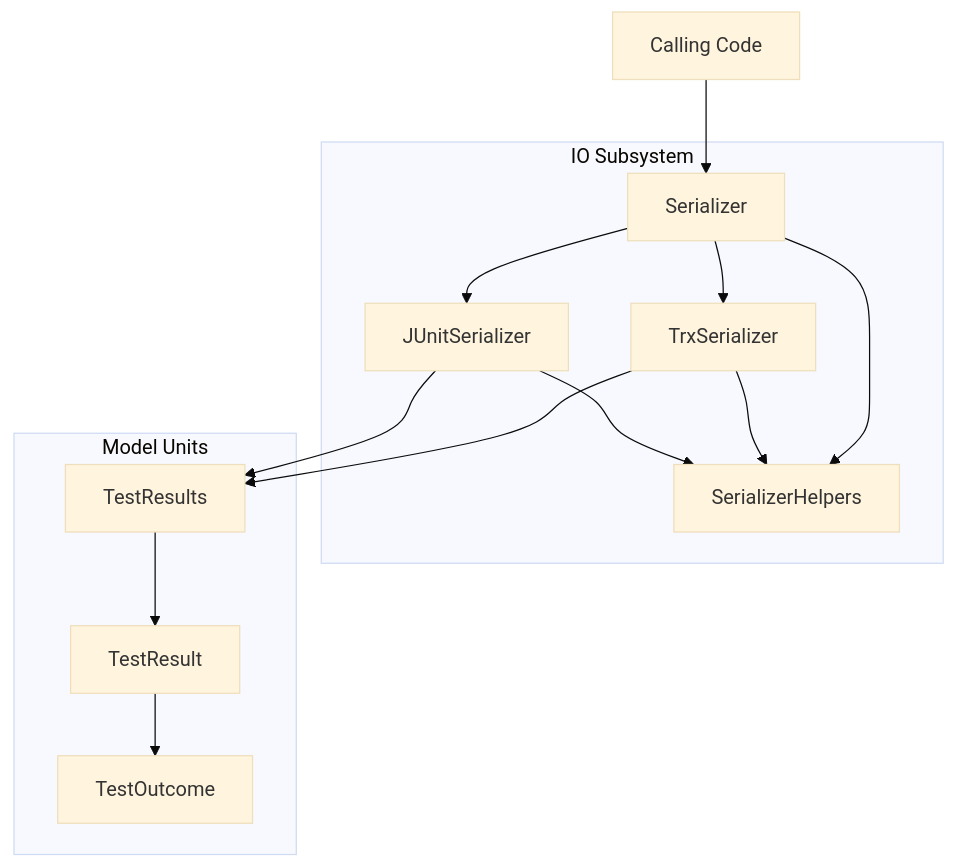
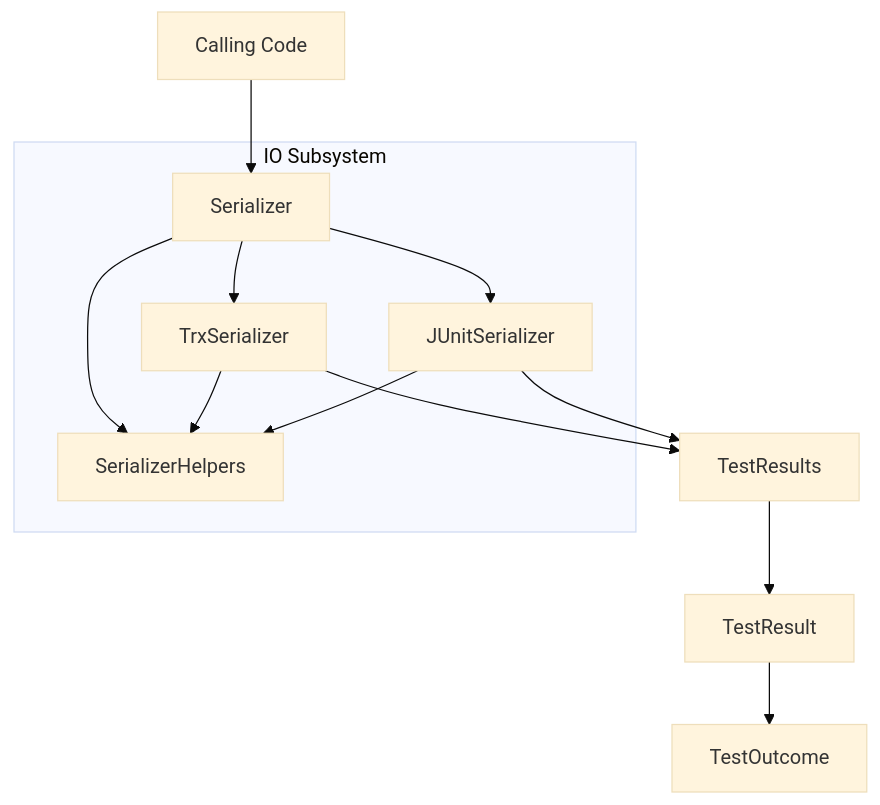
One commit to demaconsulting/TestResults changed the diagram in docs/design/test-results-library/test-results-library.md. Above: the diagram before and after it, drawn with Mermaid (base theme). The commit also changed other lines of this file and 3 other files, not shown here.

````diff
--- a/docs/design/test-results-library/test-results-library.md
+++ b/docs/design/test-results-library/test-results-library.md
@@ -13,28 +13,26 @@
 ```mermaid
 graph TD
     CallingCode[Calling Code]
 
     subgraph IO["IO Subsystem"]
         Serializer[Serializer]
         SerializerHelpers[SerializerHelpers]
         TrxSerializer[TrxSerializer]
         JUnitSerializer[JUnitSerializer]
     end
 
-    subgraph Model["Model Units"]
-        TestResults[TestResults]
-        TestResult[TestResult]
-        TestOutcome[TestOutcome]
-    end
+    TestResults[TestResults]
+    TestResult[TestResult]
+    TestOutcome[TestOutcome]
 
     CallingCode --> Serializer
     Serializer --> SerializerHelpers
     Serializer --> TrxSerializer
     Serializer --> JUnitSerializer
     TrxSerializer --> SerializerHelpers
     JUnitSerializer --> SerializerHelpers
     TrxSerializer --> TestResults
     JUnitSerializer --> TestResults
     TestResults --> TestResult
     TestResult --> TestOutcome
 ```
````
